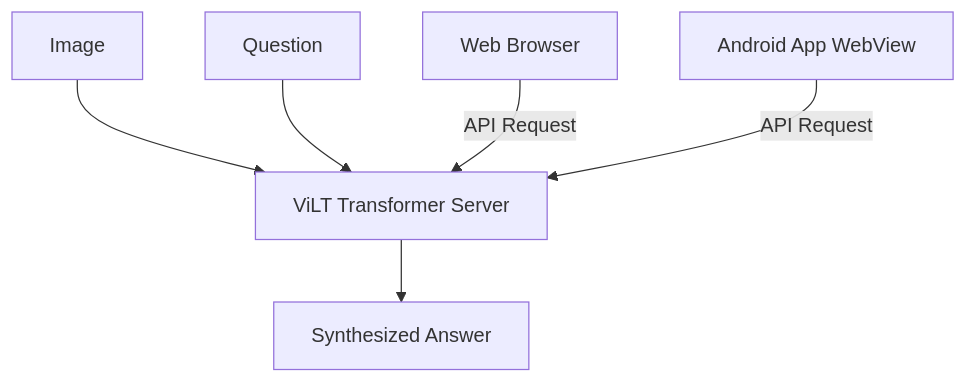
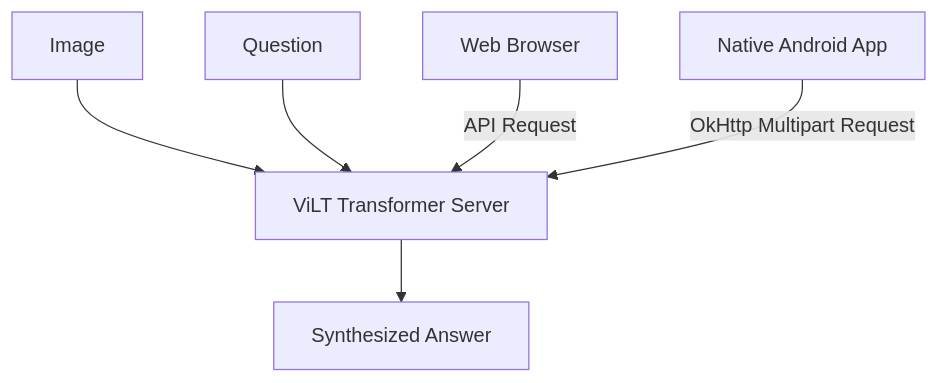
Before and after one commit to avinav2401/VISUAL-QUESTION-ANSWERING: the diagram in README.md, drawn with Mermaid. The commit also changed other lines of this file, not shown here.

Commit message:
docs: update README to reflect Native Android app architecture

````diff
--- a/README.md
+++ b/README.md
@@ -51,9 +51,9 @@
 ```mermaid
 graph TD
     A[Image] --> B[ViLT Transformer Server]
     C[Question] --> B
     B --> D[Synthesized Answer]
     
     E[Web Browser] --> |API Request| B
-    F[Android App WebView] --> |API Request| B
+    F[Native Android App] --> |OkHttp Multipart Request| B
 ```
````
